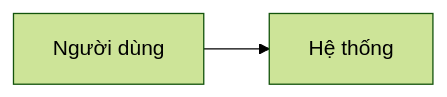
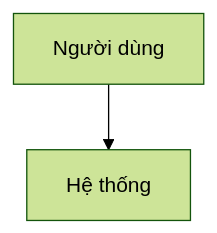
The diagram in toolkits/BAKit/skills/ba-templates/templates/feature-brief.md (impeterwayne/BAS_Business_Analysis_Space), drawn with Mermaid (forest theme) before and after one commit. The commit also changed 2 other files, not shown here.

Commit message:
feat: default Mermaid diagrams to vertical layout in BAKit rules and templates

````diff
--- a/toolkits/BAKit/skills/ba-templates/templates/feature-brief.md
+++ b/toolkits/BAKit/skills/ba-templates/templates/feature-brief.md
@@ -41,4 +41,4 @@
 ```mermaid
-flowchart LR
+flowchart TD
     U[Người dùng] --> S[Hệ thống]
 ```
````
